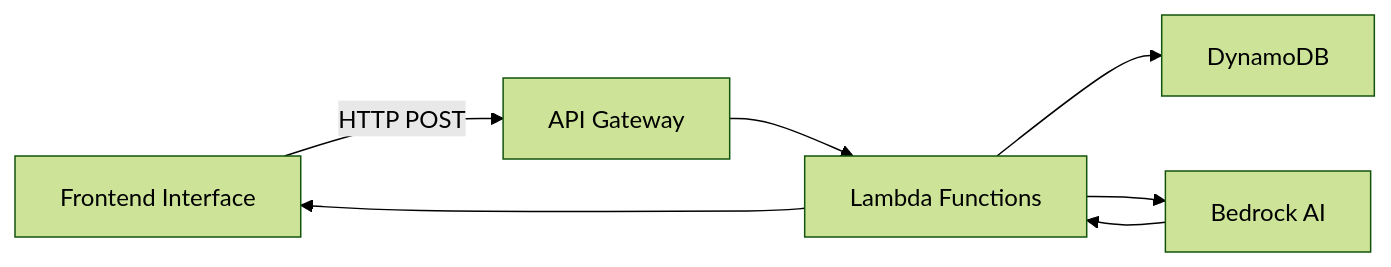
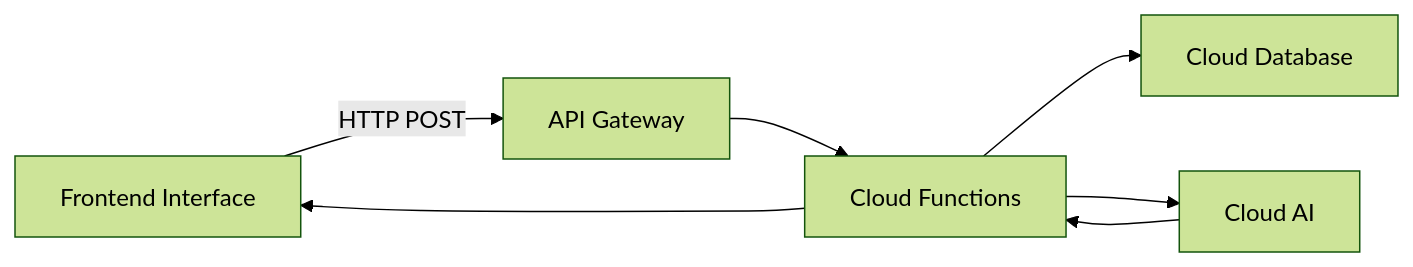
One commit to DilkuYahoo/tutorai changed the diagram in app/ba-portal/WEALTH_PULSE_FEATURES.md. Above: the diagram before and after it, drawn with Mermaid (forest theme). The commit also changed other lines of this file, not shown here.

````diff
--- a/app/ba-portal/WEALTH_PULSE_FEATURES.md
+++ b/app/ba-portal/WEALTH_PULSE_FEATURES.md
@@ -518,9 +795,9 @@
 ```mermaid
 flowchart LR
     A[Frontend Interface] -->|HTTP POST| B[API Gateway]
-    B --> C[Lambda Functions]
-    C --> D[DynamoDB]
-    C --> E[Bedrock AI]
+    B --> C[Cloud Functions]
+    C --> D[Cloud Database]
+    C --> E[Cloud AI]
     E --> C
     C --> A
 ```
````
